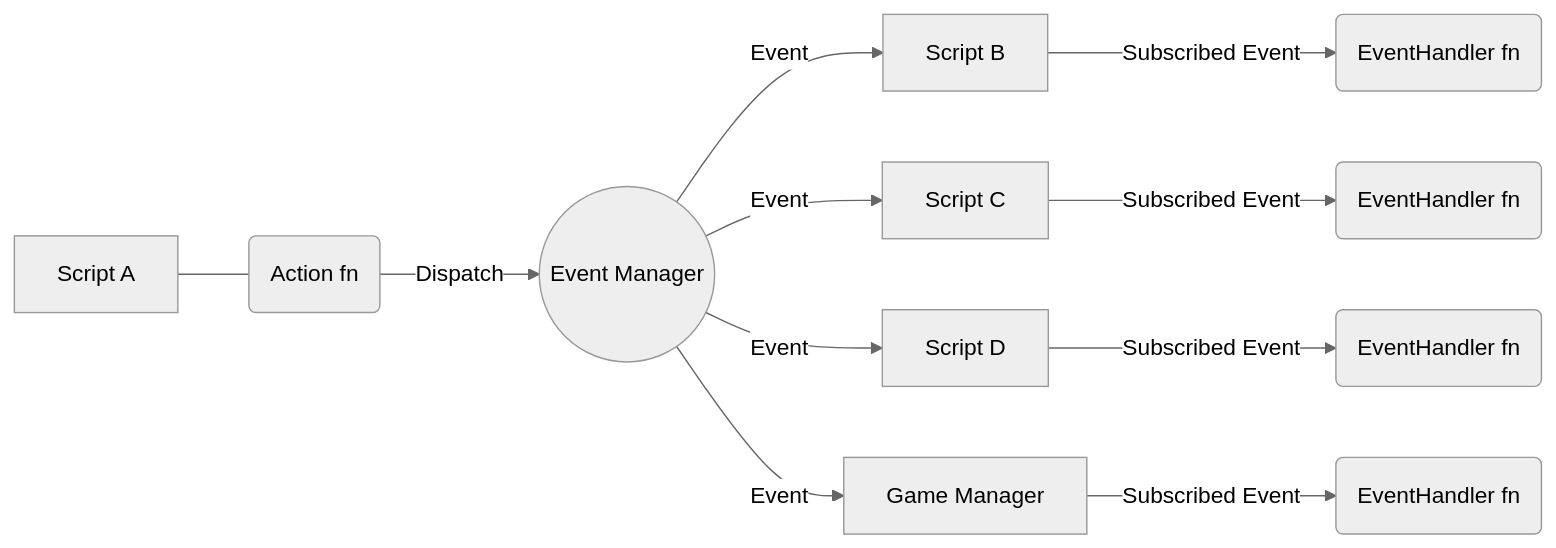
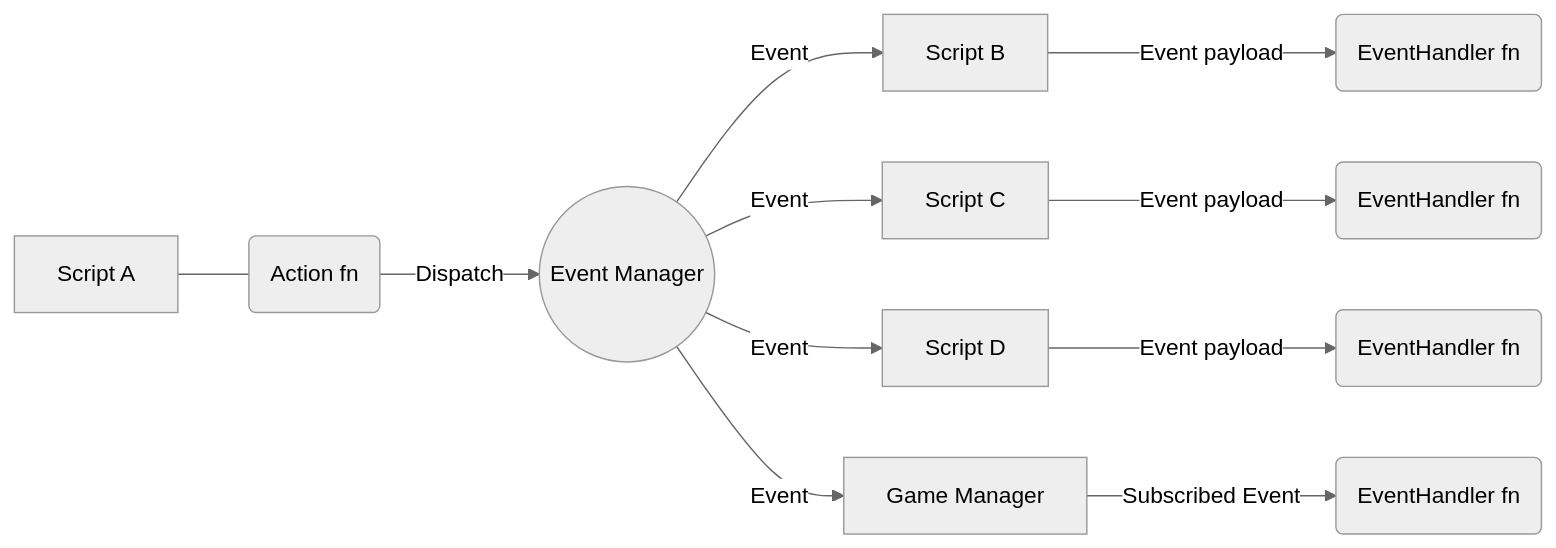
The diagram in README.md (gsg-jay/GamePatterns), drawn with Mermaid (neutral theme) before and after one commit.

````diff
--- a/README.md
+++ b/README.md
@@ -3,9 +3,9 @@
 ```mermaid
 graph LR;
 c0["Script A"]---a
 a("Action fn")-->|Dispatch|em(("Event Manager"))
-em-->|Event|c1["Script B"]-->|Subscribed Event|eh1("EventHandler fn")
-em-->|Event|c2["Script C"]-->|Subscribed Event|eh2("EventHandler fn")
-em-->|Event|c3["Script D"]-->|Subscribed Event|eh3("EventHandler fn")
+em-->|Event|c1["Script B"]-->|Event payload|eh1("EventHandler fn")
+em-->|Event|c2["Script C"]-->|Event payload|eh2("EventHandler fn")
+em-->|Event|c3["Script D"]-->|Event payload|eh3("EventHandler fn")
 em-->|Event|gm["Game Manager"]-->|Subscribed Event|eh4("EventHandler fn")
 ```
````
